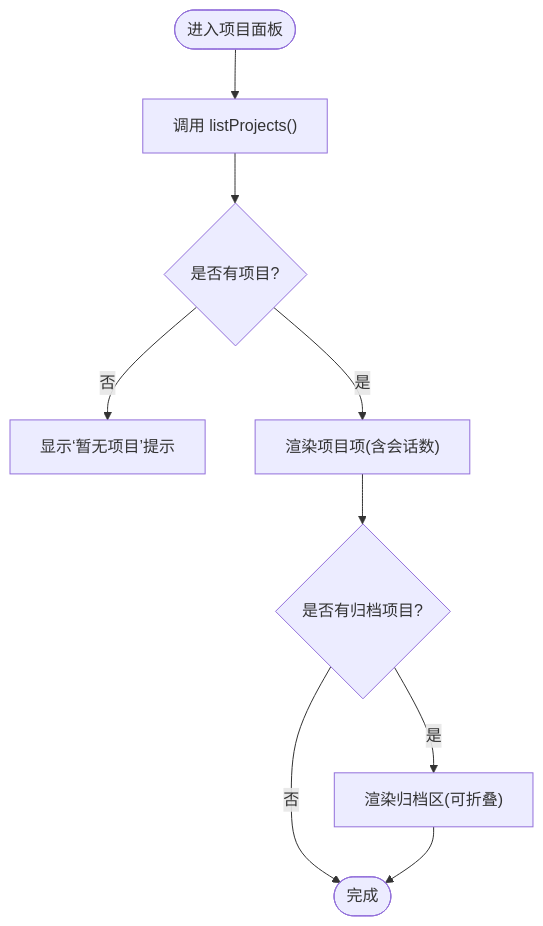
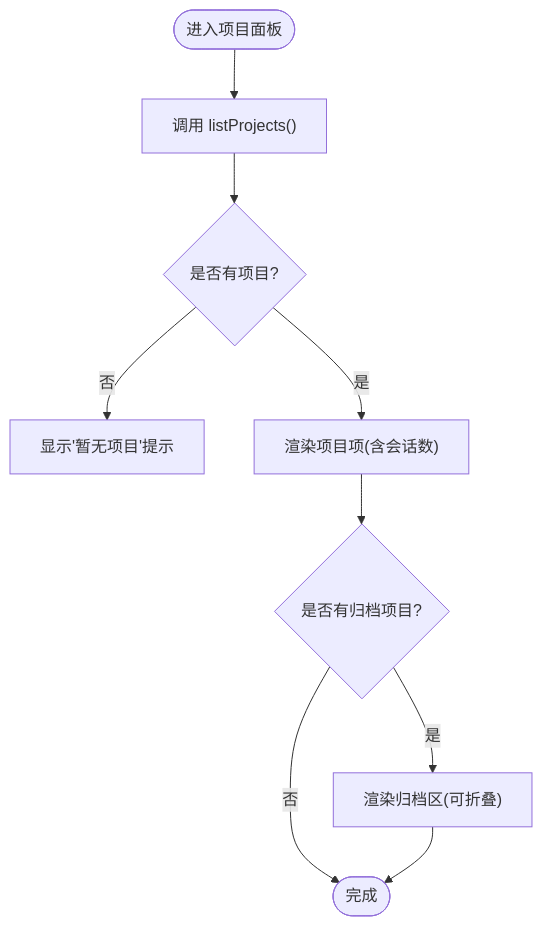
The third of 8 diagrams in .qoder/repowiki/zh/content/用户界面/界面组件/项目侧栏.md (swond-Mao/Tiffa), drawn with Mermaid before and after one commit. The commit also changed other lines of this file and 17 other files, not shown here.

````diff
--- a/.qoder/repowiki/zh/content/用户界面/界面组件/项目侧栏.md
+++ b/.qoder/repowiki/zh/content/用户界面/界面组件/项目侧栏.md
@@ -131,11 +136,11 @@
 ```mermaid
 flowchart TD
 Start(["进入项目面板"]) --> Load["调用 listProjects()"]
 Load --> HasProjs{"是否有项目?"}
-HasProjs -- "否" --> ShowHint["显示‘暂无项目’提示"]
+HasProjs -- "否" --> ShowHint["显示'暂无项目'提示"]
 HasProjs -- "是" --> Render["渲染项目项(含会话数)"]
 Render --> ArchiveCheck{"是否有归档项目?"}
 ArchiveCheck -- "否" --> End(["完成"])
 ArchiveCheck -- "是" --> RenderArchive["渲染归档区(可折叠)"]
 RenderArchive --> End
 ```
````
